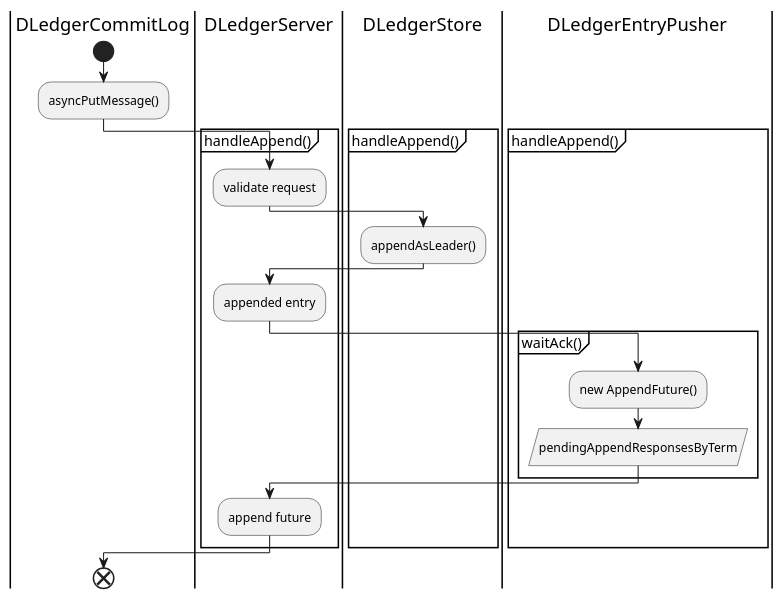
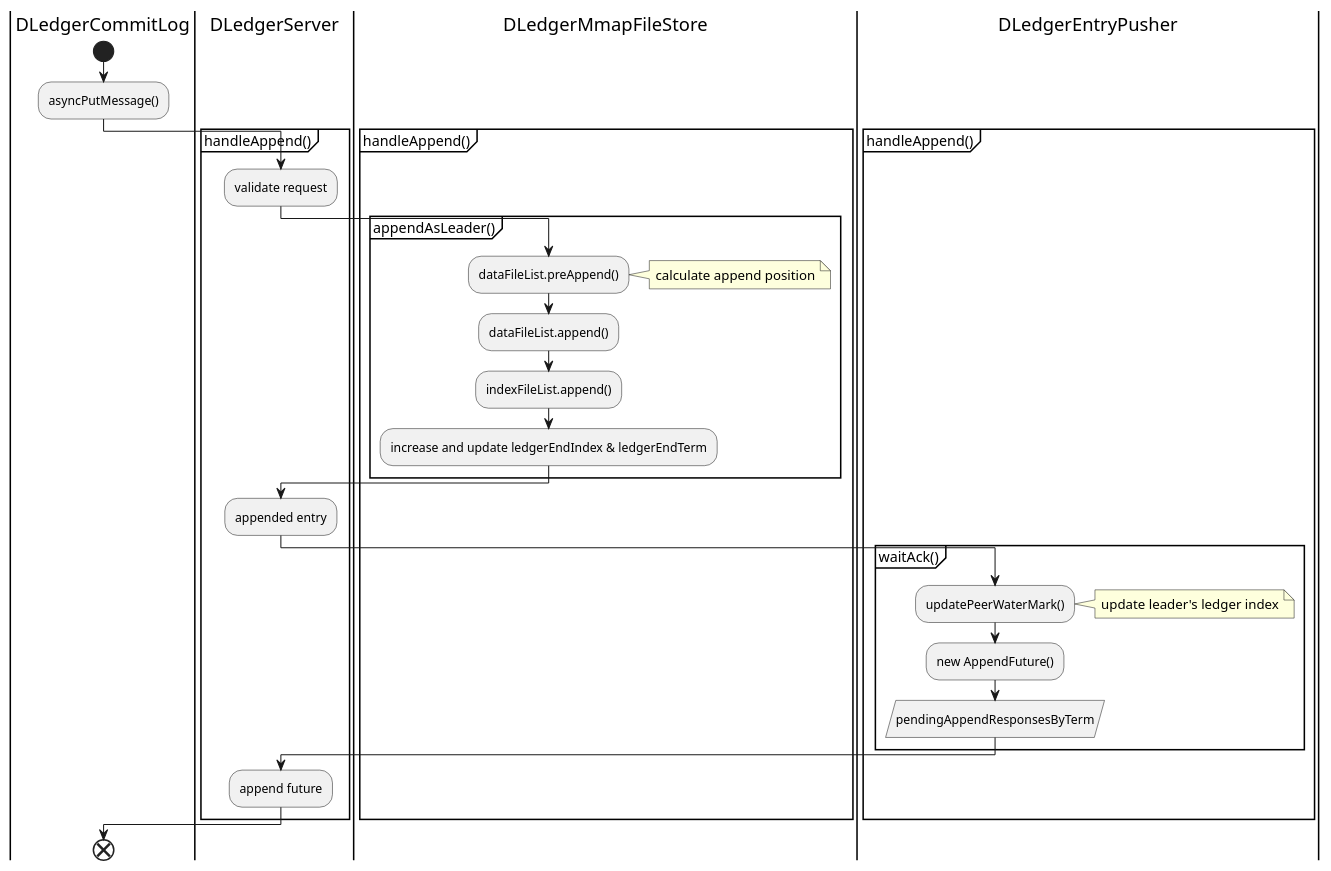
One commit to HScarb/knowledge changed the diagram in rocketmq/99991231-rocketmq-dledger-log-replication.assets/dledger-append-leader.puml. Above: the diagram before and after it, drawn with PlantUML. The commit also changed 2 other files, not shown here.

```diff
--- a/rocketmq/99991231-rocketmq-dledger-log-replication.assets/dledger-append-leader.puml
+++ b/rocketmq/99991231-rocketmq-dledger-log-replication.assets/dledger-append-leader.puml
@@ -1,22 +1,37 @@
 @startuml
 |DLedgerCommitLog|
 start
 :asyncPutMessage();
 |DLedgerServer|
 partition handleAppend() {
     :validate request;
-    |DLedgerStore|
-    :appendAsLeader();
+    partition appendAsLeader() {
+        |DLedgerMmapFileStore|
+        :dataFileList.preAppend();
+        note right: calculate append position
+        :dataFileList.append();
+        :indexFileList.append();
+        :increase and update ledgerEndIndex & ledgerEndTerm;
+    }
     |DLedgerServer|
     :appended entry;
     |DLedgerEntryPusher|
     partition waitAck() {
+        :updatePeerWaterMark();
+        note right: update leader's ledger index
         :new AppendFuture();
+        ' 每个 term 的待响应的 AppendEntry 请求表
         :pendingAppendResponsesByTerm/
+        ' 这里是一种通用的异步编程技巧，Leader节点需要等待
+        ' 从节点复制完数据，通常会返回给客户端一个Future对象，客户端可
+        ' 以调用该Future的get()方法同步等待结果，而服务端会将日志序号作
+        ' 为键，Future作为值存储在内存（ConcurrentMap）中。当结果异步返
+        ' 回后，需要根据日志序号找到对应的Future对象，最后填充结果，以
+        ' 便客户端被唤醒，从而得到响应结果
     }
     |DLedgerServer|
     :append future;
 }
 |DLedgerCommitLog|
 end
 @enduml
```
